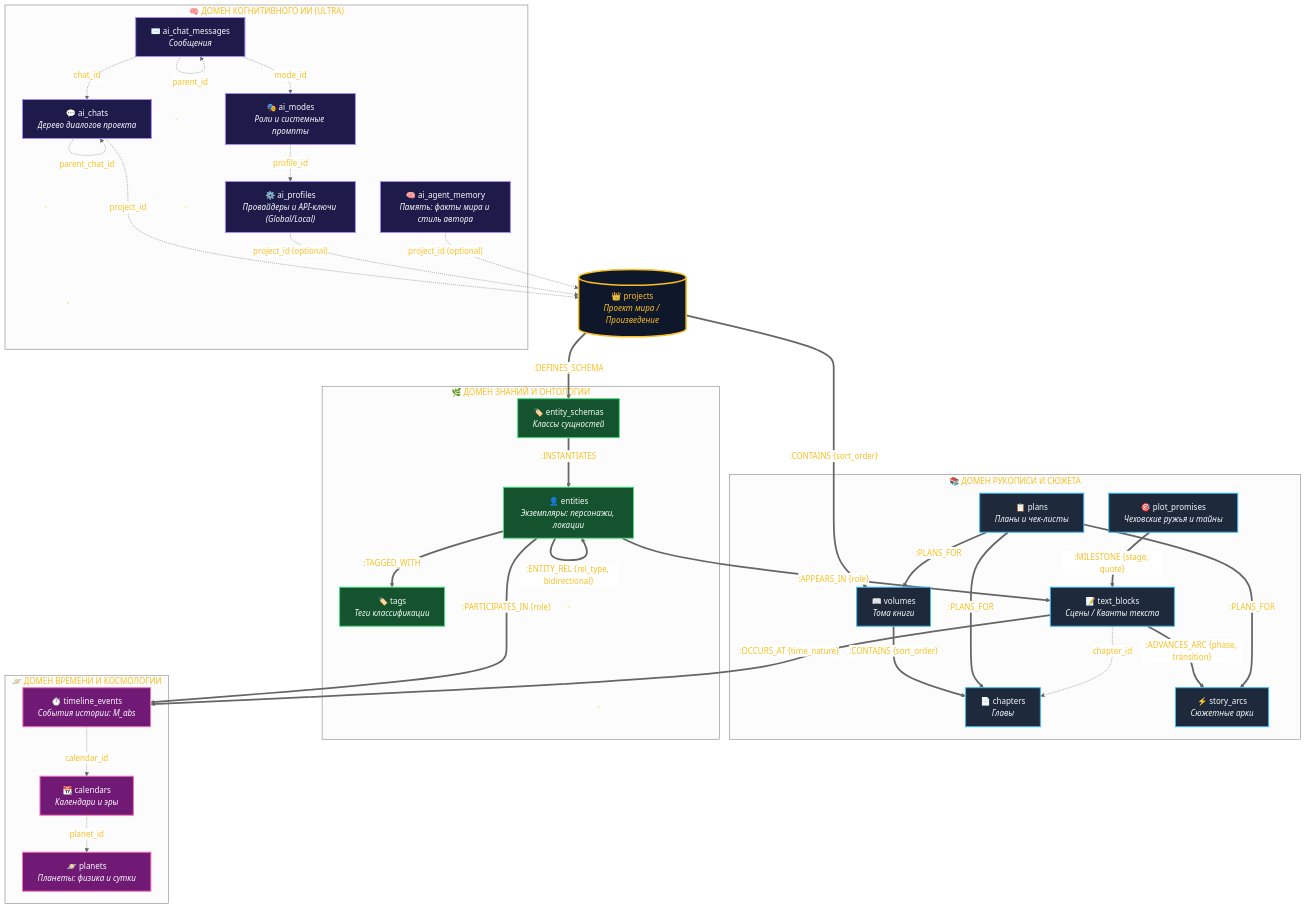
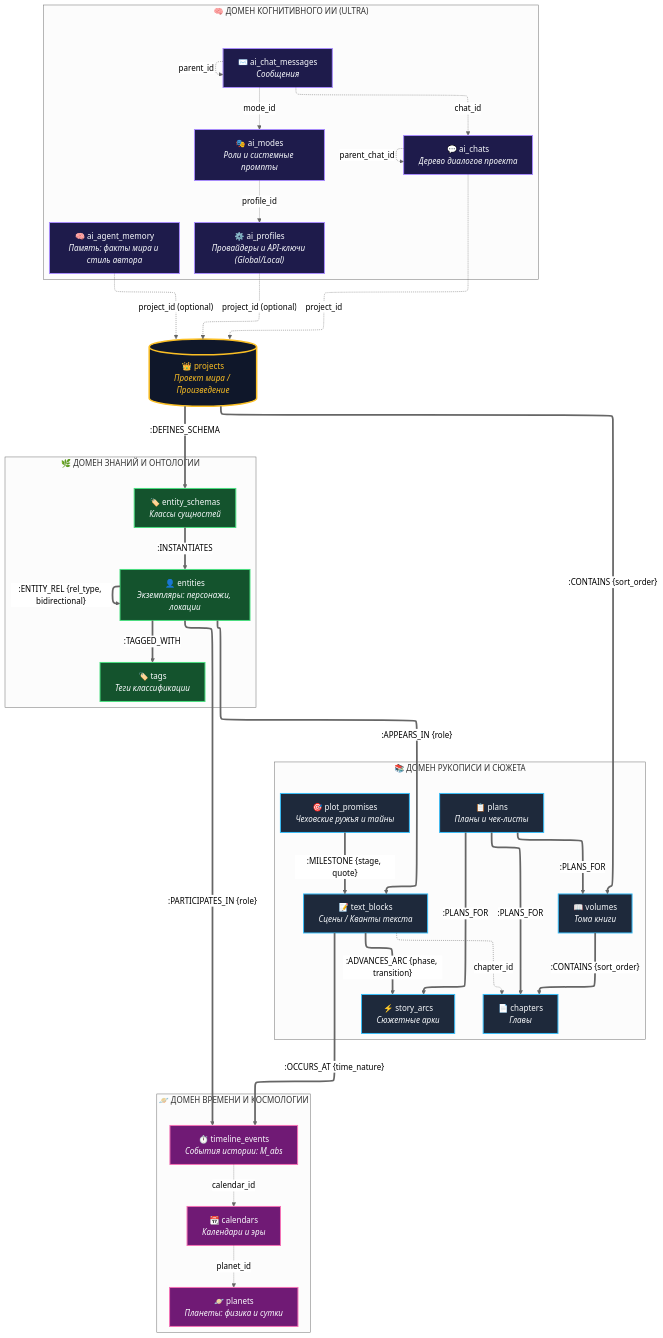
Before and after one commit to nagisokyn-prog/WorldWiki: the diagram in docs/coursework/02_Исследовательская_часть/2.8_концептуальная_схема.md, drawn with Mermaid (neutral theme). The commit also changed 42 other files, not shown here.

````diff
--- a/docs/coursework/02_Исследовательская_часть/2.8_концептуальная_схема.md
+++ b/docs/coursework/02_Исследовательская_часть/2.8_концептуальная_схема.md
@@ -65,5 +65,7 @@
 ```mermaid
 flowchart TB
+%%{init: {"flowchart": {"defaultRenderer": "elk"}} }%%
+
     %% mermaid-lint-disable no-self-loop
 
     %% ==========================================
````
